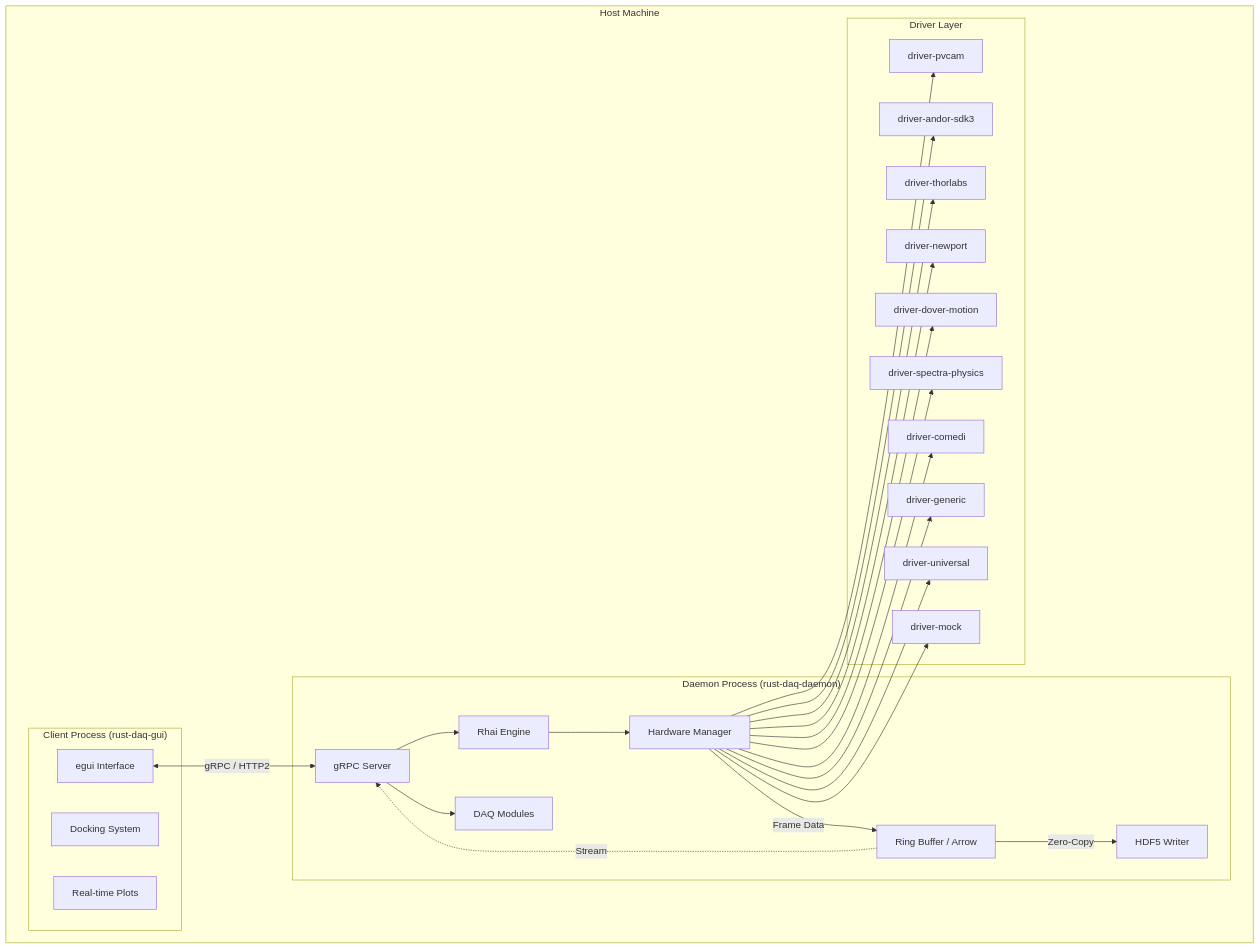
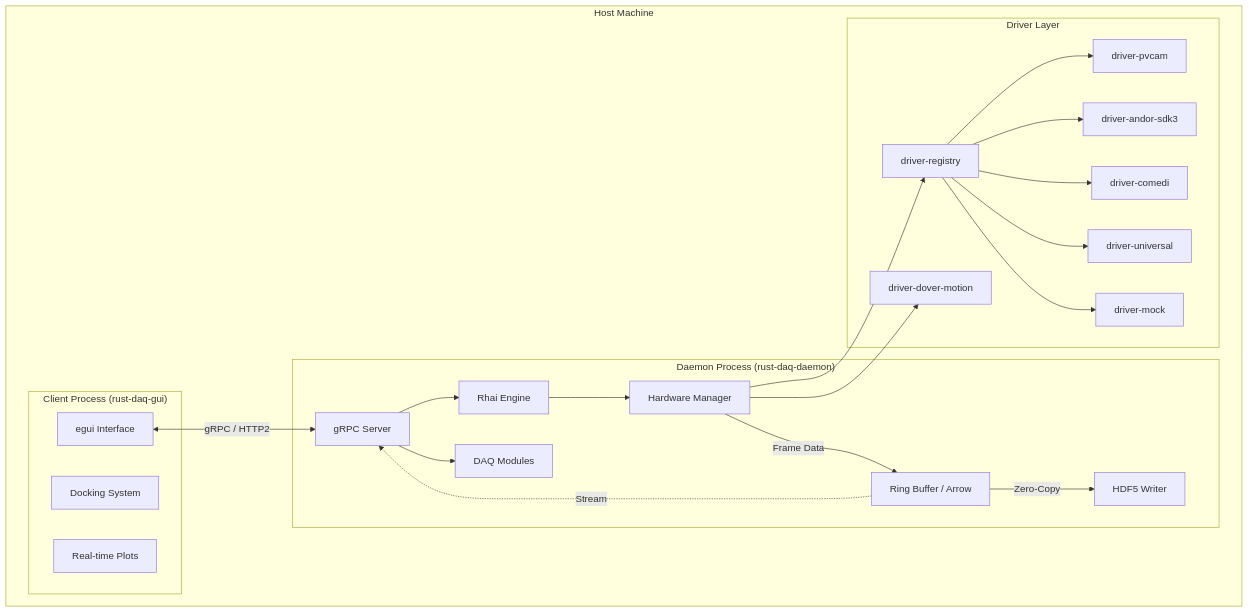
One commit to easternanemone/rudaq changed the diagram in docs/explanation/architecture.md. Above: the diagram before and after it, drawn with Mermaid. The commit also changed other lines of this file and 27 other files, not shown here.

First line of the commit message:
docs: comprehensive documentation update — remove phantom crates, add driver-registry (#409)

````diff
--- a/docs/explanation/architecture.md
+++ b/docs/explanation/architecture.md
@@ -85,51 +81,45 @@
 ```mermaid
 graph TD
     subgraph "Host Machine"
         subgraph "Daemon Process (rust-daq-daemon)"
             Server[gRPC Server]
             Script[Rhai Engine]
             Modules[DAQ Modules]
             HW[Hardware Manager]
             Ring[Ring Buffer / Arrow]
             Writer[HDF5 Writer]
         end
 
         subgraph "Client Process (rust-daq-gui)"
             GUI[egui Interface]
             Dock[Docking System]
             Plot[Real-time Plots]
         end
 
         subgraph "Driver Layer"
+            DrvRegistry[driver-registry]
             DrvPvcam[driver-pvcam]
             DrvAndor[driver-andor-sdk3]
-            DrvThorlabs[driver-thorlabs]
-            DrvNewport[driver-newport]
             DrvDover[driver-dover-motion]
-            DrvSpectra[driver-spectra-physics]
             DrvComedi[driver-comedi]
-            DrvGeneric[driver-generic]
             DrvUniversal[driver-universal]
             DrvMock[driver-mock]
         end
     end
 
     GUI <-->|gRPC / HTTP2| Server
 
     Server --> Script
     Server --> Modules
     Script --> HW
-    HW --> DrvPvcam
-    HW --> DrvAndor
-    HW --> DrvThorlabs
-    HW --> DrvNewport
+    HW --> DrvRegistry
+    DrvRegistry --> DrvPvcam
+    DrvRegistry --> DrvAndor
+    DrvRegistry --> DrvComedi
     HW --> DrvDover
-    HW --> DrvSpectra
-    HW --> DrvComedi
-    HW --> DrvGeneric
-    HW --> DrvUniversal
-    HW --> DrvMock
+    DrvRegistry --> DrvUniversal
+    DrvRegistry --> DrvMock
     HW -->|Frame Data| Ring
     Ring -->|Zero-Copy| Writer
     Ring -.->|Stream| Server
 ```
````
